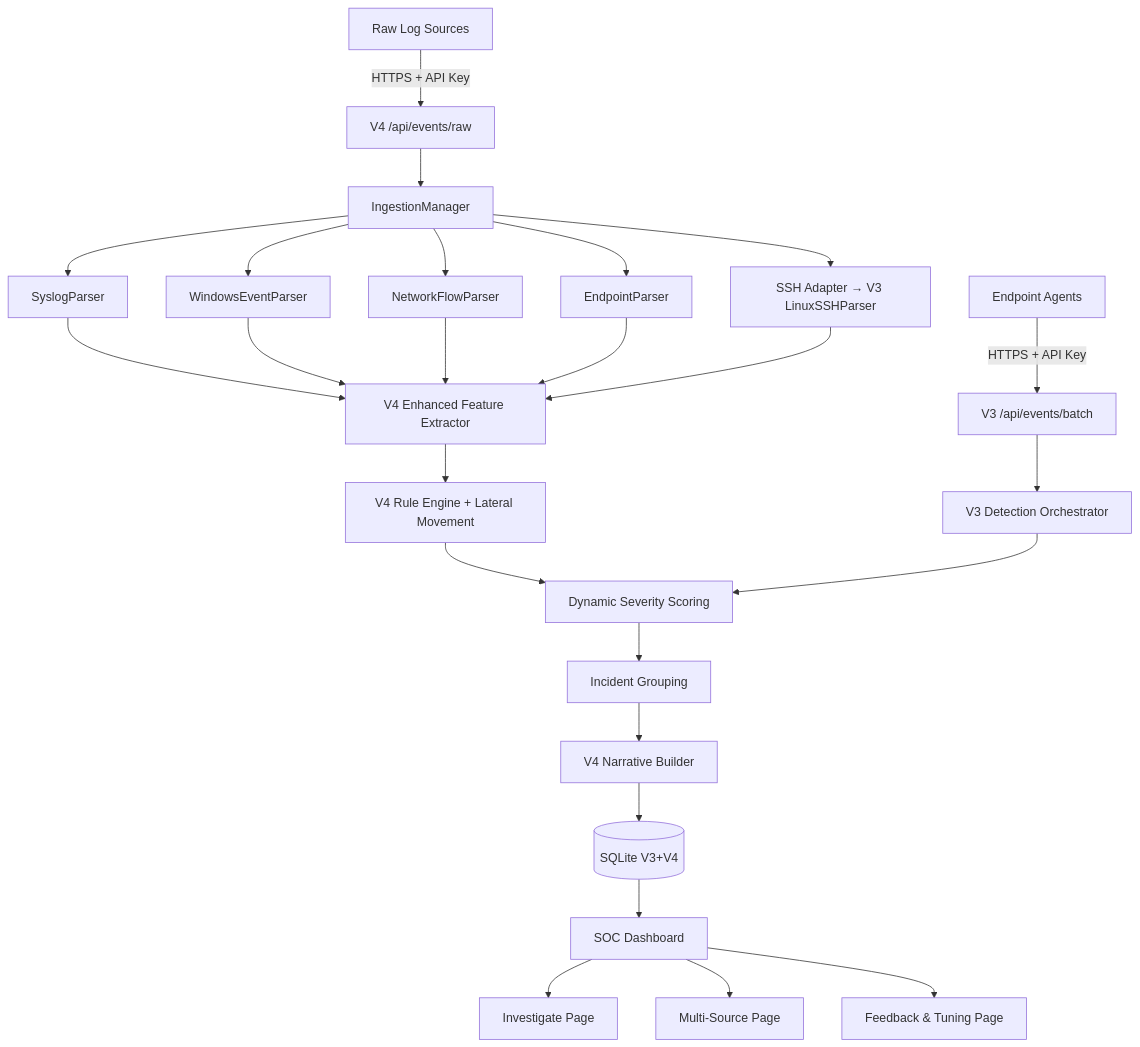
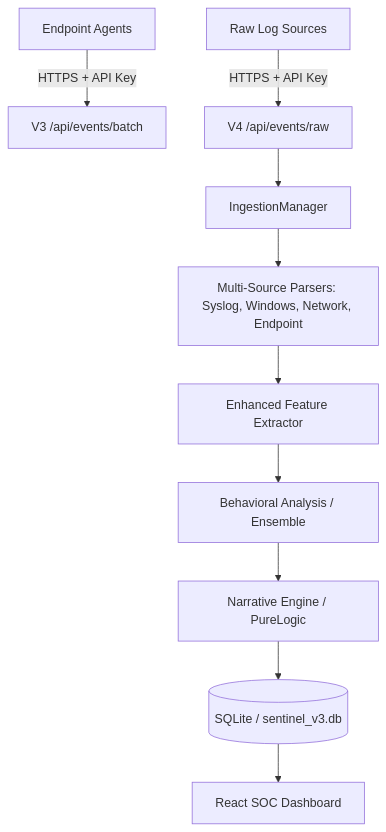
Before and after one commit to tsmanral/ai-security-log-agent: the diagram in README.md, drawn with Mermaid. The commit also changed other lines of this file and 73 other files, not shown here.

````diff
--- a/README.md
+++ b/README.md
@@ -241,23 +98,12 @@
 ```mermaid
 graph TD
     A[Endpoint Agents] -->|HTTPS + API Key| B[V3 /api/events/batch]
     R[Raw Log Sources] -->|HTTPS + API Key| V[V4 /api/events/raw]
     V --> IM[IngestionManager]
-    IM --> SP[SyslogParser]
-    IM --> WP[WindowsEventParser]
-    IM --> NP[NetworkFlowParser]
-    IM --> EP[EndpointParser]
-    IM --> SSH[SSH Adapter → V3 LinuxSSHParser]
-    SP & WP & NP & EP & SSH --> FE[V4 Enhanced Feature Extractor]
-    B --> C[V3 Detection Orchestrator]
-    FE --> RE[V4 Rule Engine + Lateral Movement]
-    RE --> SV[Dynamic Severity Scoring]
-    C --> SV
-    SV --> INC[Incident Grouping]
-    INC --> NB[V4 Narrative Builder]
-    NB --> DB[(SQLite V3+V4)]
-    DB --> DASH[SOC Dashboard]
-    DASH --> INV[Investigate Page]
-    DASH --> MS[Multi-Source Page]
-    DASH --> FB[Feedback & Tuning Page]
+    IM --> Parsers[Multi-Source Parsers: Syslog, Windows, Network, Endpoint]
+    Parsers --> FE[Enhanced Feature Extractor]
+    FE --> ML[Behavioral Analysis / Ensemble]
+    ML --> NE[Narrative Engine / PureLogic]
+    NE --> DB[(SQLite / sentinel_v3.db)]
+    DB --> UI[React SOC Dashboard]
 ```
````
